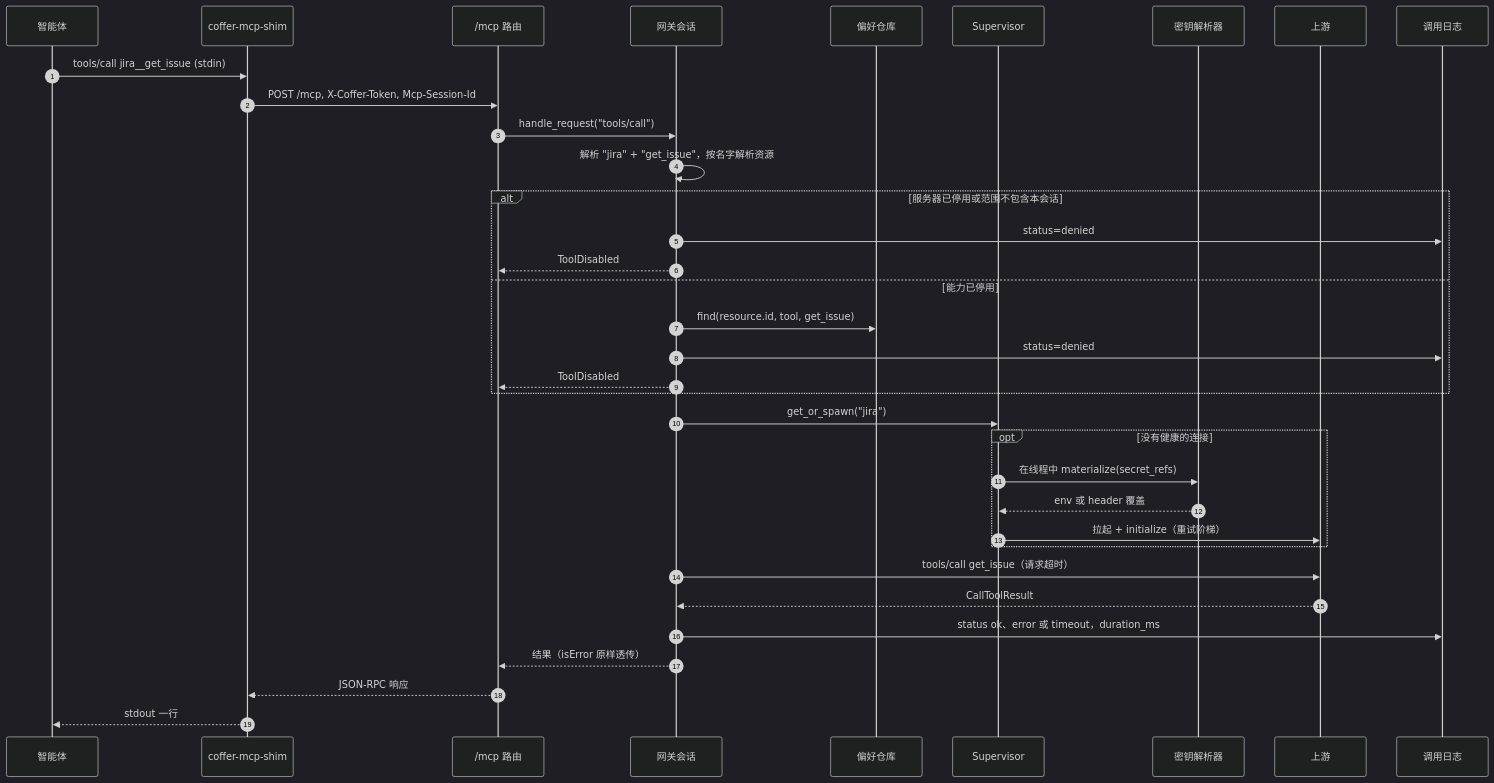
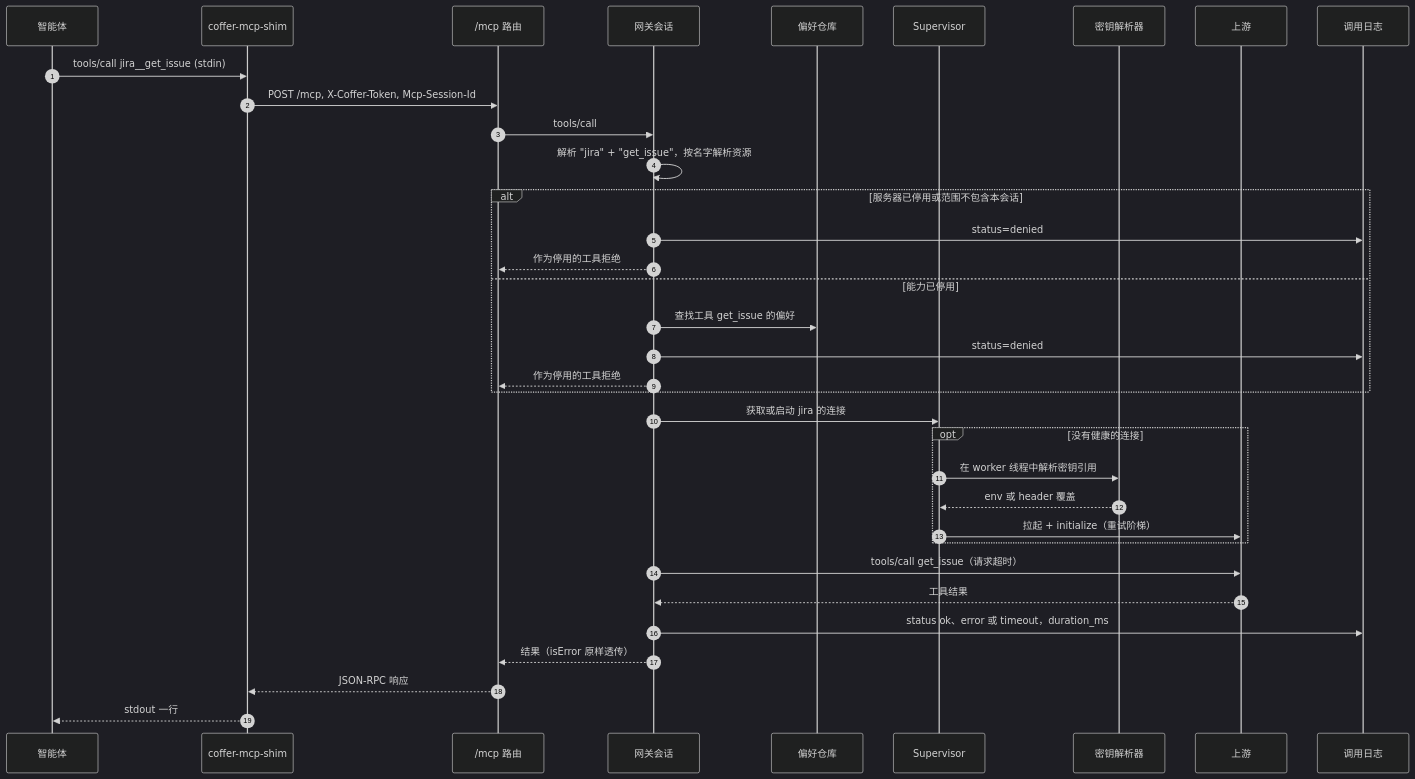
Before and after one commit to wyx-sg/Coffer: the third of 4 diagrams in docs-site/zh/architecture/mcp-gateway.md, drawn with Mermaid (dark theme). The commit also changed other lines of this file and 29 other files, not shown here.

First line of the commit message:
docs(site): explain the architecture in plain terms, without source detail

````diff
--- a/docs-site/zh/architecture/mcp-gateway.md
+++ b/docs-site/zh/architecture/mcp-gateway.md
@@ -198,37 +198,37 @@
 ```mermaid
 sequenceDiagram
   autonumber
   participant A as 智能体
   participant S as coffer-mcp-shim
   participant R as /mcp 路由
   participant G as 网关会话
   participant P as 偏好仓库
   participant V as Supervisor
   participant C as 密钥解析器
   participant U as 上游
   participant L as 调用日志
   A->>S: tools/call jira__get_issue (stdin)
   S->>R: POST /mcp, X-Coffer-Token, Mcp-Session-Id
-  R->>G: handle_request("tools/call")
+  R->>G: tools/call
   G->>G: 解析 "jira" + "get_issue"，按名字解析资源
   alt 服务器已停用或范围不包含本会话
     G->>L: status=denied
-    G-->>R: ToolDisabled
+    G-->>R: 作为停用的工具拒绝
   else 能力已停用
-    G->>P: find(resource.id, tool, get_issue)
+    G->>P: 查找工具 get_issue 的偏好
     G->>L: status=denied
-    G-->>R: ToolDisabled
+    G-->>R: 作为停用的工具拒绝
   end
-  G->>V: get_or_spawn("jira")
+  G->>V: 获取或启动 jira 的连接
   opt 没有健康的连接
-    V->>C: 在线程中 materialize(secret_refs)
+    V->>C: 在 worker 线程中解析密钥引用
     C-->>V: env 或 header 覆盖
     V->>U: 拉起 + initialize（重试阶梯）
   end
   G->>U: tools/call get_issue（请求超时）
-  U-->>G: CallToolResult
+  U-->>G: 工具结果
   G->>L: status ok、error 或 timeout，duration_ms
   G-->>R: 结果（isError 原样透传）
   R-->>S: JSON-RPC 响应
   S-->>A: stdout 一行
 ```
````
